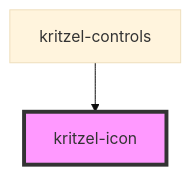
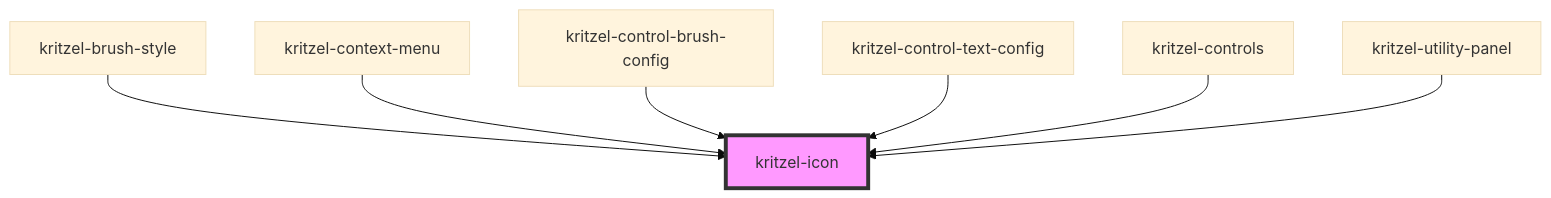
The diagram in packages/libs/kritzel-stencil/src/components/shared/kritzel-icon/readme.md (kasual1/kritzel), drawn with Mermaid (base theme) before and after one commit. The commit also changed other lines of this file and 21 other files, not shown here.

````diff
--- a/packages/libs/kritzel-stencil/src/components/shared/kritzel-icon/readme.md
+++ b/packages/libs/kritzel-stencil/src/components/shared/kritzel-icon/readme.md
@@ -23,5 +29,10 @@
 ```mermaid
 graph TD;
+  kritzel-brush-style --> kritzel-icon
+  kritzel-context-menu --> kritzel-icon
+  kritzel-control-brush-config --> kritzel-icon
+  kritzel-control-text-config --> kritzel-icon
   kritzel-controls --> kritzel-icon
+  kritzel-utility-panel --> kritzel-icon
   style kritzel-icon fill:#f9f,stroke:#333,stroke-width:4px
 ```
````
